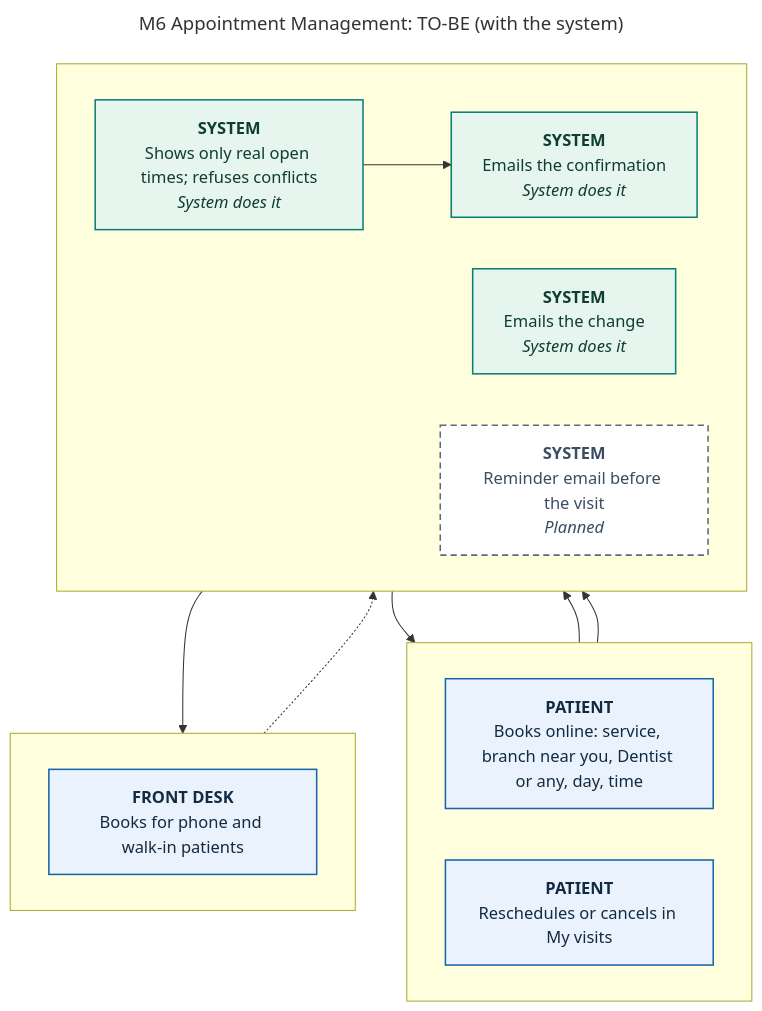
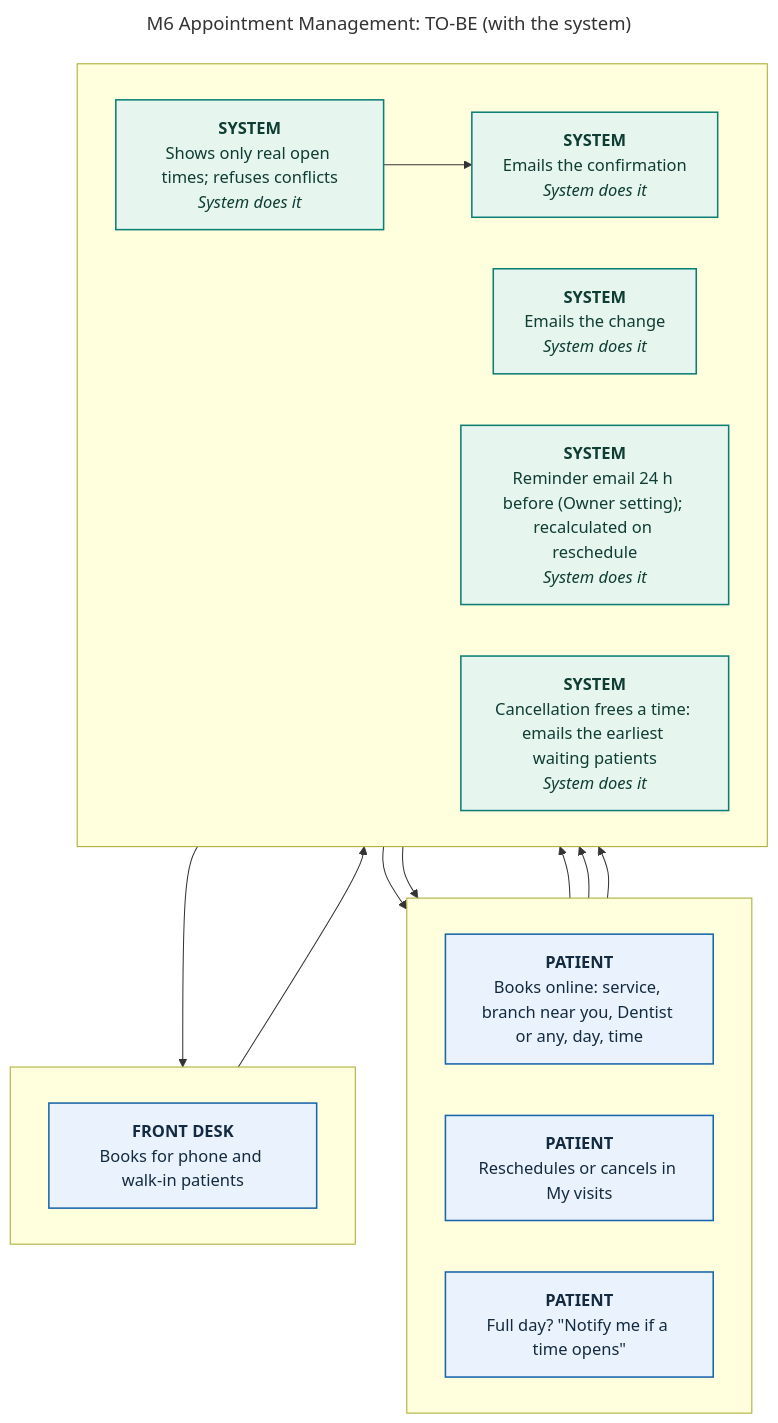
One commit to 0phem/multibranch-dental-clinic changed the diagram in docs/defense/diagrams/M6-appointment-management-to-be.mmd. Above: the diagram before and after it, drawn with Mermaid. The commit also changed 57 other files, not shown here.

First line of the commit message:
docs(defense): automations in modules, evidence, TO-BE diagrams, process PDF, demo script, panel Q&A, screenshots

```diff
--- a/docs/defense/diagrams/M6-appointment-management-to-be.mmd
+++ b/docs/defense/diagrams/M6-appointment-management-to-be.mmd
@@ -1,32 +1,36 @@
 ---
 title: "M6 Appointment Management: TO-BE (with the system)"
 ---
 flowchart TB
     subgraph L0[" "]
     direction LR
       S0["<b>PATIENT</b><br/>Books online: service, branch near you, Dentist or any, day, time"]:::manual
       S3["<b>PATIENT</b><br/>Reschedules or cancels in My visits"]:::manual
+      S7["<b>PATIENT</b><br/>Full day? #quot;Notify me if a time opens#quot;"]:::manual
     end
     subgraph L1[" "]
     direction LR
       S5["<b>FRONT DESK</b><br/>Books for phone and walk-in patients"]:::manual
     end
     subgraph L4[" "]
     direction LR
       S1["<b>SYSTEM</b><br/>Shows only real open times; refuses conflicts<br/><i>System does it</i>"]:::auto
       S2["<b>SYSTEM</b><br/>Emails the confirmation<br/><i>System does it</i>"]:::auto
       S4["<b>SYSTEM</b><br/>Emails the change<br/><i>System does it</i>"]:::auto
-      S6["<b>SYSTEM</b><br/>Reminder email before the visit<br/><i>Planned</i>"]:::planned
+      S6["<b>SYSTEM</b><br/>Reminder email 24 h before (Owner setting); recalculated on reschedule<br/><i>System does it</i>"]:::auto
+      S8["<b>SYSTEM</b><br/>Cancellation frees a time: emails the earliest waiting patients<br/><i>System does it</i>"]:::auto
     end
     S0 --> S1
     S1 --> S2
     S2 --> S3
     S3 --> S4
     S4 --> S5
-    S5 -.-> S6
+    S5 --> S6
+    S6 --> S7
+    S7 --> S8
     classDef cited fill:#eaf3fd,stroke:#1865ac,color:#142a40,stroke-width:1.5px
     classDef confirm fill:#fffaf0,stroke:#b26a00,color:#5e3c00,stroke-width:1.5px,stroke-dasharray:6 4
     classDef auto fill:#e6f5ee,stroke:#0c7f75,color:#0f3d33,stroke-width:1.5px
     classDef manual fill:#eaf3fd,stroke:#1865ac,color:#142a40,stroke-width:1.5px
     classDef mock fill:#f3f5f7,stroke:#5a6b7d,color:#3a4e63,stroke-width:1.5px,stroke-dasharray:3 3
     classDef planned fill:#ffffff,stroke:#5a6b7d,color:#3a4e63,stroke-width:1.5px,stroke-dasharray:6 4
```
